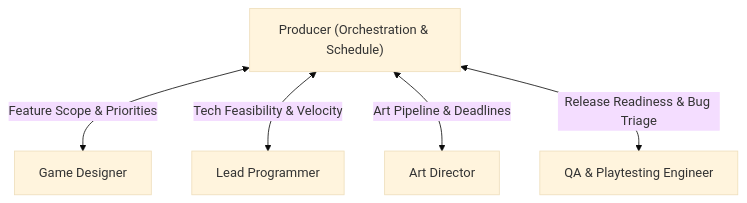
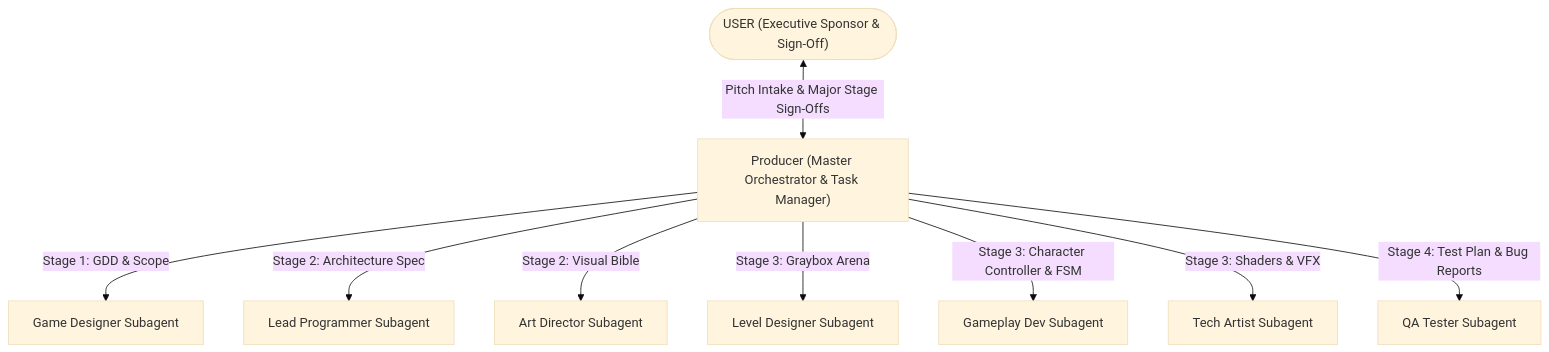
Before and after one commit to realityworks/gamedevteam: the first of 2 diagrams in .agents/skills/producer/SKILL.md, drawn with Mermaid (base theme). The commit also changed other lines of this file and 1 other file, not shown here.

Commit message:
Add 4 Major Stage Gates and stage approval to Producer skill and runner

````diff
--- a/.agents/skills/producer/SKILL.md
+++ b/.agents/skills/producer/SKILL.md
@@ -32,13 +32,21 @@
 ```mermaid
 flowchart TD
-    Producer["Producer (Orchestration & Schedule)"]
-    GD["Game Designer"]
-    LP["Lead Programmer"]
-    AD["Art Director"]
-    QA["QA & Playtesting Engineer"]
+    User(["USER (Executive Sponsor & Sign-Off)"])
+    Producer["Producer (Master Orchestrator & Task Manager)"]
+    GD["Game Designer Subagent"]
+    LP["Lead Programmer Subagent"]
+    AD["Art Director Subagent"]
+    GP["Gameplay Dev Subagent"]
+    LD["Level Designer Subagent"]
+    TA["Tech Artist Subagent"]
+    QA["QA Tester Subagent"]
 
-    Producer <-->|"Feature Scope & Priorities"| GD
-    Producer <-->|"Tech Feasibility & Velocity"| LP
-    Producer <-->|"Art Pipeline & Deadlines"| AD
-    Producer <-->|"Release Readiness & Bug Triage"| QA
+    User <-->|"Pitch Intake & Major Stage Sign-Offs"| Producer
+    Producer -->|"Stage 1: GDD & Scope"| GD
+    Producer -->|"Stage 2: Architecture Spec"| LP
+    Producer -->|"Stage 2: Visual Bible"| AD
+    Producer -->|"Stage 3: Graybox Arena"| LD
+    Producer -->|"Stage 3: Character Controller & FSM"| GP
+    Producer -->|"Stage 3: Shaders & VFX"| TA
+    Producer -->|"Stage 4: Test Plan & Bug Reports"| QA
 ```
````
